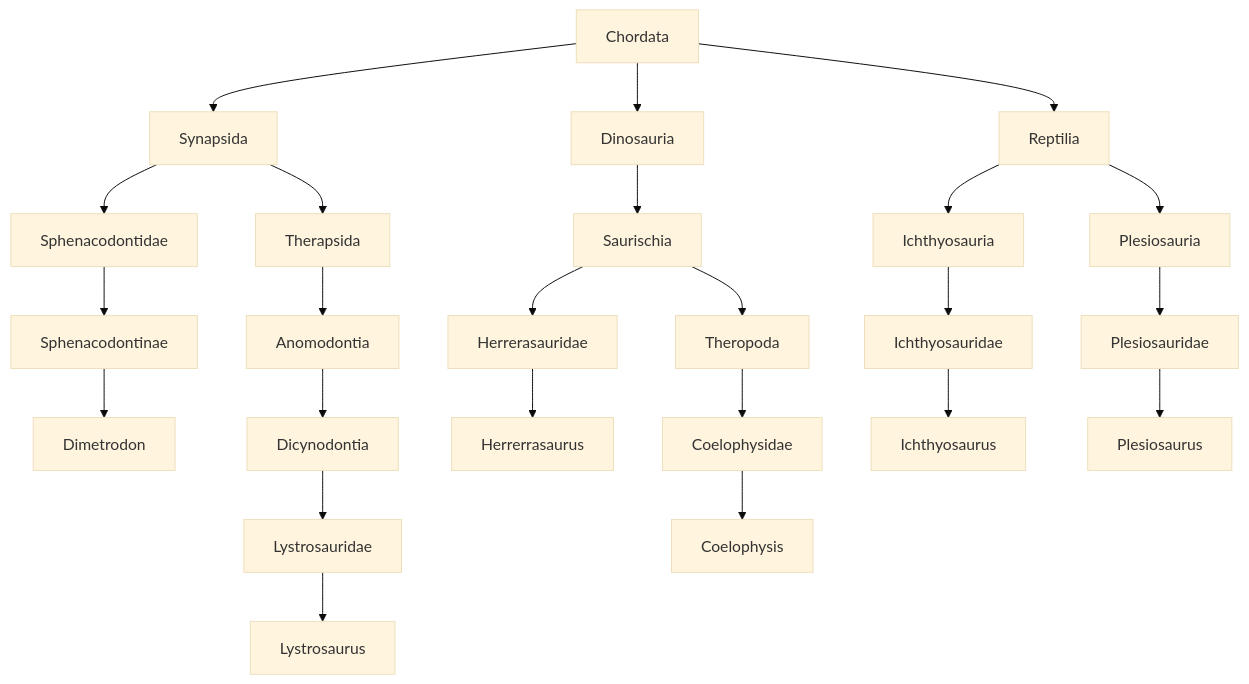
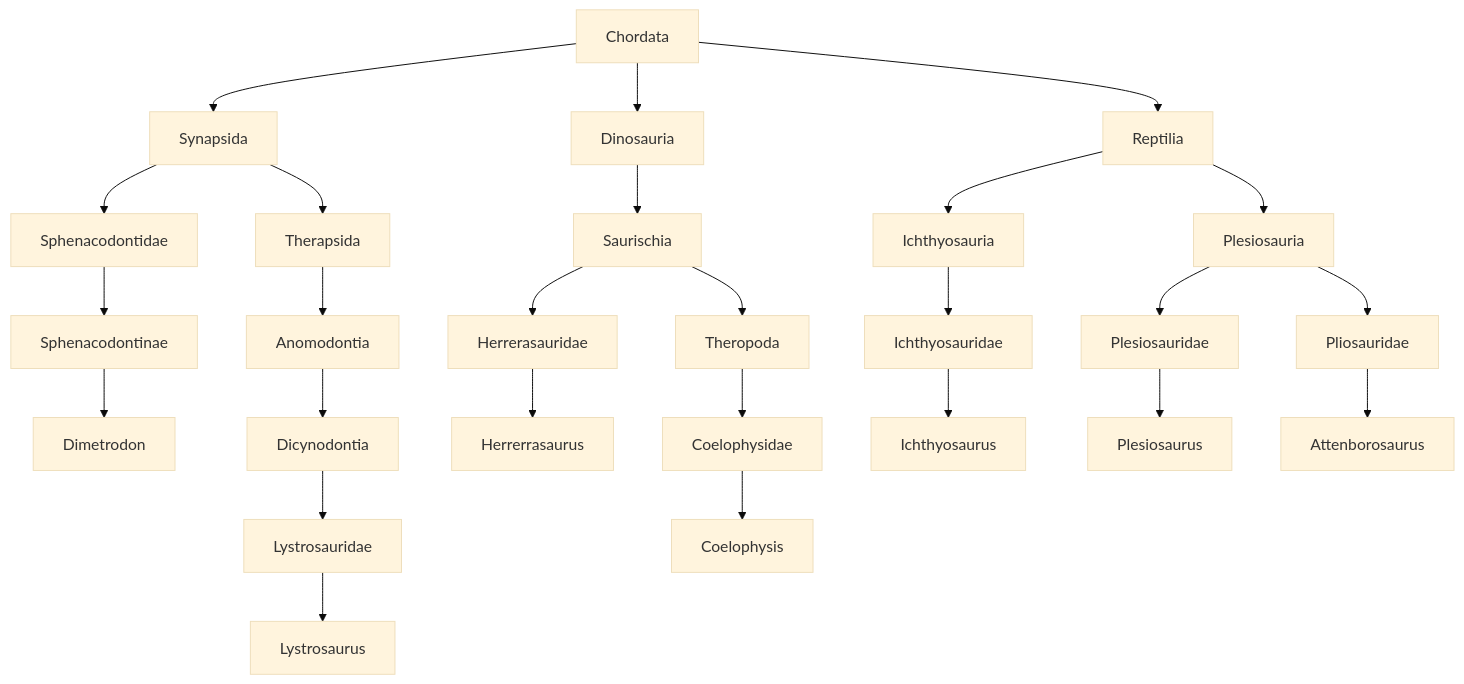
Before and after one commit to jackdixonryan/JWE2-Taxonomy: the diagram in readme.md, drawn with Mermaid (base theme).

Commit message:
Update readme.md
Added Attenborosaurus

````diff
--- a/readme.md
+++ b/readme.md
@@ -3,37 +3,40 @@
 ```mermaid
 graph TD;
 
 Chordata-->Synapsida
 Chordata-->Dinosauria
 Chordata-->Reptilia
 
 Synapsida-->Sphenacodontidae
 Synapsida-->Therapsida
 
 Sphenacodontidae-->Sphenacodontinae
 Sphenacodontinae-->Dimetrodon
 
 Therapsida-->Anomodontia
 Anomodontia-->Dicynodontia
 Dicynodontia-->Lystrosauridae
 Lystrosauridae-->Lystrosaurus
 
 Dinosauria-->Saurischia
 
 Saurischia-->Herrerasauridae
 Saurischia-->Theropoda
 
 Herrerasauridae-->Herrerrasaurus
 
 Theropoda-->Coelophysidae
 Coelophysidae-->Coelophysis
 
 Reptilia-->Ichthyosauria
 Reptilia-->Plesiosauria
 
 Ichthyosauria-->Ichthyosauridae 
 Ichthyosauridae-->Ichthyosaurus
 
 Plesiosauria-->Plesiosauridae 
+Plesiosauria-->Pliosauridae
+
 Plesiosauridae-->Plesiosaurus
+Pliosauridae-->Attenborosaurus
 ```
````
